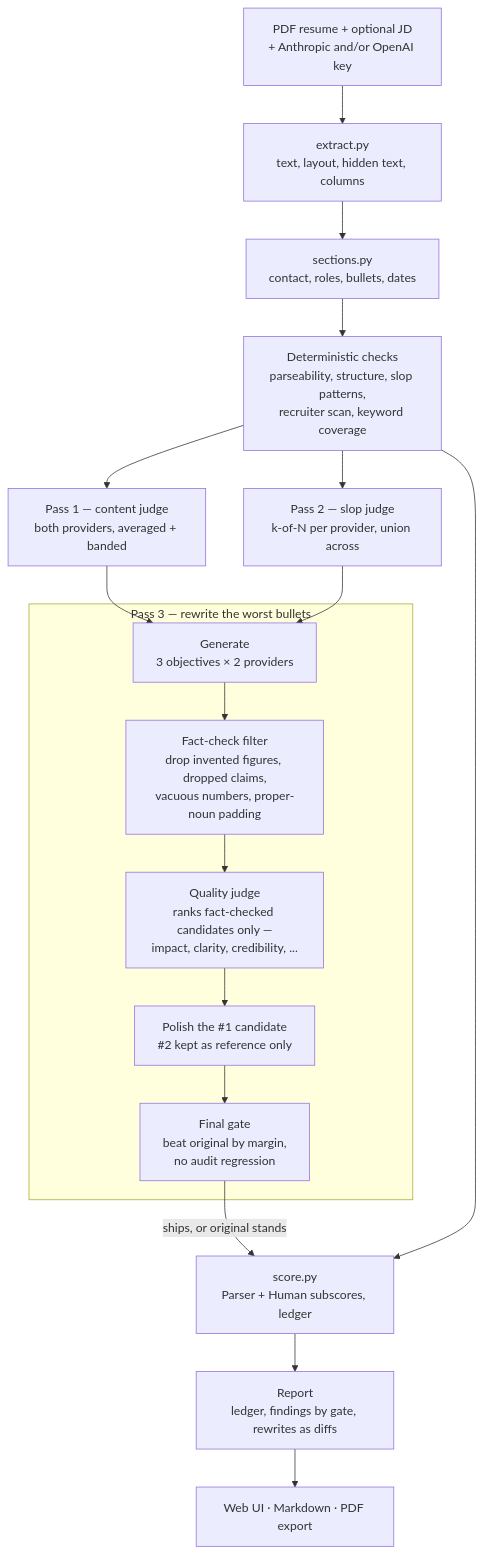
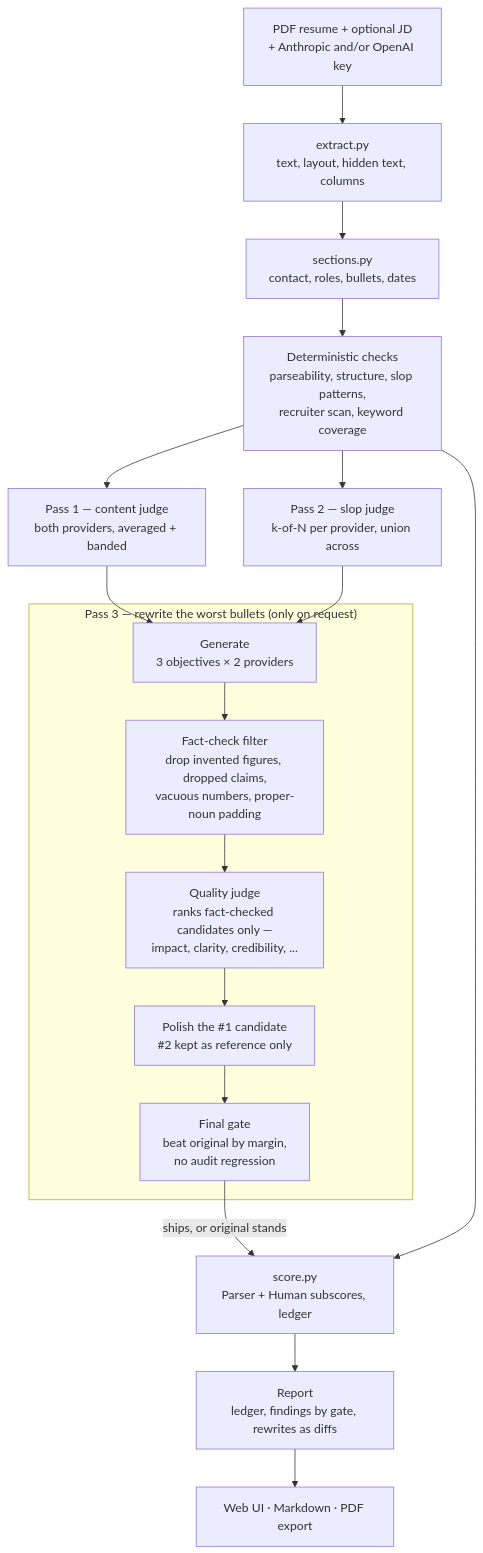
The diagram in README.md (rrichardtang/ATS-parser), drawn with Mermaid before and after one commit. The commit also changed other lines of this file and 5 other files, not shown here.

````diff
--- a/README.md
+++ b/README.md
@@ -52,24 +52,24 @@
 ```mermaid
 flowchart TD
     IN["PDF resume + optional JD<br/>+ Anthropic and/or OpenAI key"] --> EX["extract.py<br/>text, layout, hidden text, columns"]
     EX --> SEC["sections.py<br/>contact, roles, bullets, dates"]
     SEC --> DET["Deterministic checks<br/>parseability, structure, slop patterns,<br/>recruiter scan, keyword coverage"]
 
     DET --> P1["Pass 1 — content judge<br/>both providers, averaged + banded"]
     DET --> P2["Pass 2 — slop judge<br/>k-of-N per provider, union across"]
 
     P1 --> GEN
     P2 --> GEN
 
-    subgraph P3["Pass 3 — rewrite the worst bullets"]
+    subgraph P3["Pass 3 — rewrite the worst bullets (only on request)"]
         GEN["Generate<br/>3 objectives × 2 providers"] --> CLEAN["Fact-check filter<br/>drop invented figures, dropped claims,<br/>vacuous numbers, proper-noun padding"]
         CLEAN --> JUDGE["Quality judge<br/>ranks fact-checked candidates only —<br/>impact, clarity, credibility, ..."]
         JUDGE --> POLISH["Polish the #1 candidate<br/>#2 kept as reference only"]
         POLISH --> GATE["Final gate<br/>beat original by margin,<br/>no audit regression"]
     end
 
     GATE -- "ships, or original stands" --> SCORE
     DET --> SCORE["score.py<br/>Parser + Human subscores, ledger"]
     SCORE --> REPORT["Report<br/>ledger, findings by gate, rewrites as diffs"]
     REPORT --> OUT["Web UI · Markdown · PDF export"]
 ```
````
